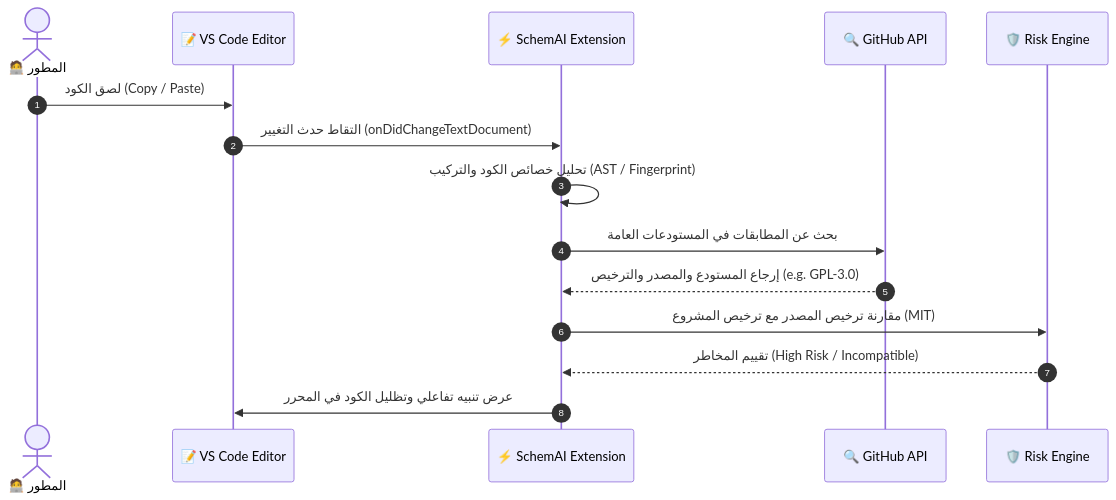
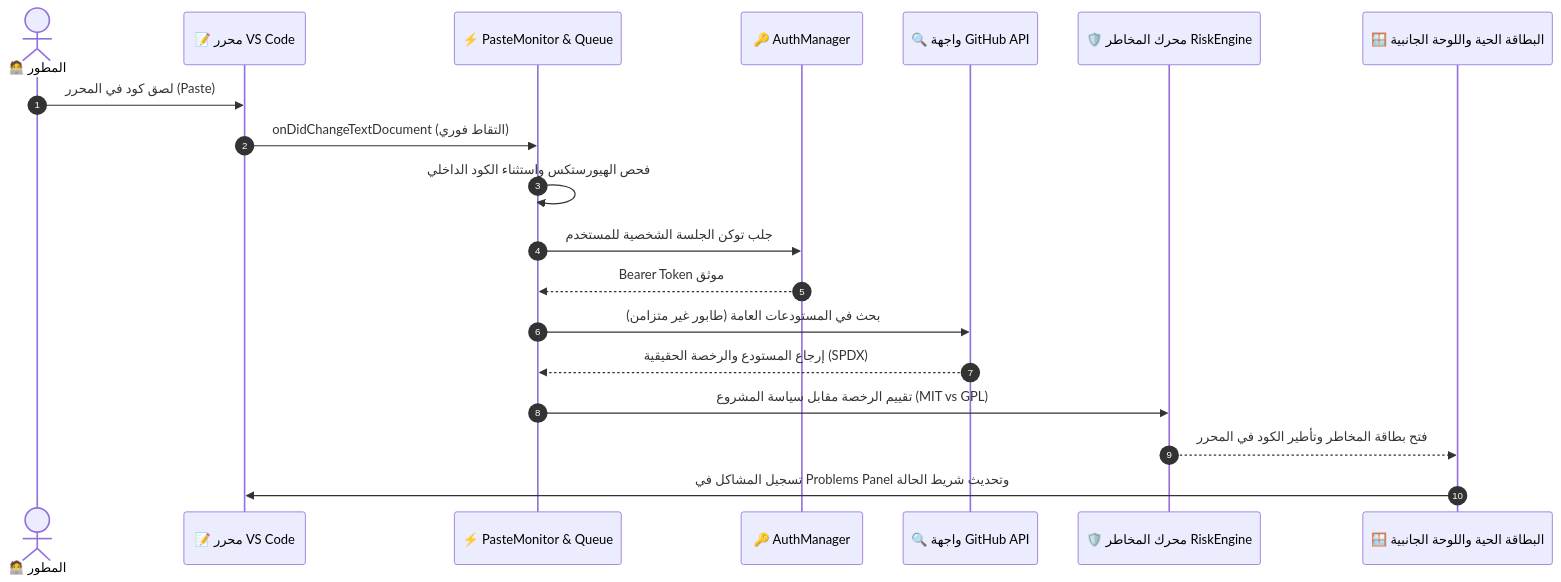
Before and after one commit to Hwai-technology/schemai: the first of 2 diagrams in README_AR.md, drawn with Mermaid. The commit also changed other lines of this file and 8 other files, not shown here.

Commit message:
docs: update all README files with v0.1.1 architecture and add EditorConfig and Prettier configurations

````diff
--- a/README_AR.md
+++ b/README_AR.md
@@ -63,18 +63,22 @@
 ```mermaid
 sequenceDiagram
     autonumber
     actor Developer as 🧑‍💻 المطور
-    participant VSCode as 📝 VS Code Editor
-    participant SchemAI as ⚡ SchemAI Extension
-    participant GitHub as 🔍 GitHub API
-    participant Engine as 🛡️ Risk Engine
+    participant Editor as 📝 محرر VS Code
+    participant Monitor as ⚡ PasteMonitor & Queue
+    participant Auth as 🔑 AuthManager
+    participant GitHub as 🔍 واجهة GitHub API
+    participant Engine as 🛡️ محرك المخاطر RiskEngine
+    participant UI as 🪟 البطاقة الحية واللوحة الجانبية
 
-    Developer->>VSCode: لصق الكود (Copy / Paste)
-    VSCode->>SchemAI: التقاط حدث التغيير (onDidChangeTextDocument)
-    SchemAI->>SchemAI: تحليل خصائص الكود والتركيب (AST / Fingerprint)
-    SchemAI->>GitHub: بحث عن المطابقات في المستودعات العامة
-    GitHub-->>SchemAI: إرجاع المستودع والمصدر والترخيص (e.g. GPL-3.0)
-    SchemAI->>Engine: مقارنة ترخيص المصدر مع ترخيص المشروع (MIT)
-    Engine-->>SchemAI: تقييم المخاطر (High Risk / Incompatible)
-    SchemAI->>VSCode: عرض تنبيه تفاعلي وتظليل الكود في المحرر
+    Developer->>Editor: لصق كود في المحرر (Paste)
+    Editor->>Monitor: onDidChangeTextDocument (التقاط فوري)
+    Monitor->>Monitor: فحص الهيورستكس واستثناء الكود الداخلي
+    Monitor->>Auth: جلب توكن الجلسة الشخصية للمستخدم
+    Auth-->>Monitor: Bearer Token موثق
+    Monitor->>GitHub: بحث في المستودعات العامة (طابور غير متزامن)
+    GitHub-->>Monitor: إرجاع المستودع والرخصة الحقيقية (SPDX)
+    Monitor->>Engine: تقييم الرخصة مقابل سياسة المشروع (MIT vs GPL)
+    Engine-->>UI: فتح بطاقة المخاطر وتأطير الكود في المحرر
+    UI->>Editor: تسجيل المشاكل في Problems Panel وتحديث شريط الحالة
 ```
````
